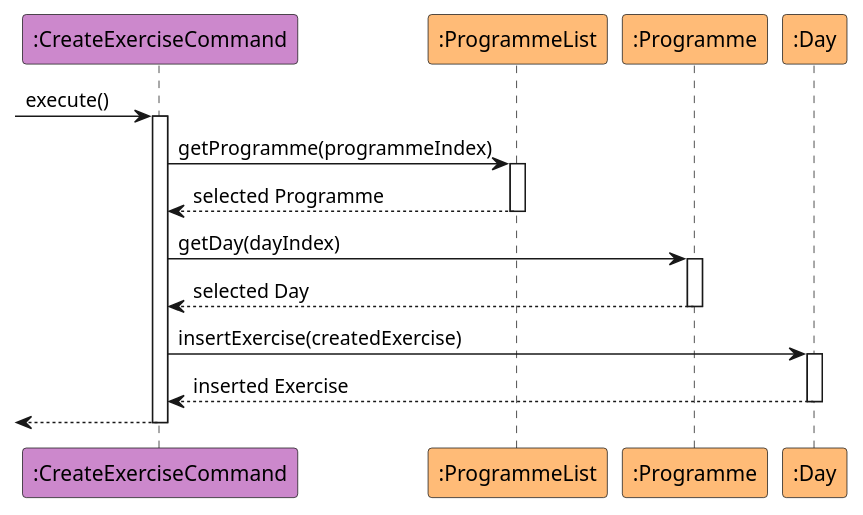
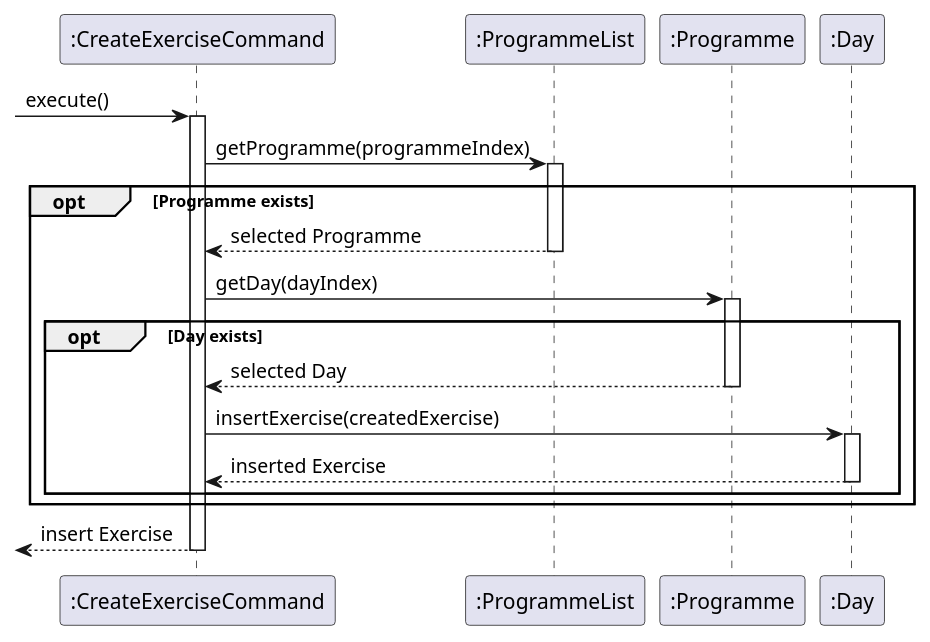
The diagram in docs/diagrams/addExerciseCommand.puml (nus-cs2113-AY2425S1/tp), drawn with PlantUML before and after one commit. The commit also changed 19 other files, not shown here.

```diff
--- a/docs/diagrams/addExerciseCommand.puml
+++ b/docs/diagrams/addExerciseCommand.puml
@@ -1,29 +1,33 @@
 @startuml
-participant ":CreateExerciseCommand" as AddExerciseCommand #cc88cc
-participant ":ProgrammeList" as ProgrammeList #ffbb77
-participant ":Programme" as Programme #ffbb77
-participant ":Day" as Day #ffbb77
-
-
+participant ":CreateExerciseCommand" as AddExerciseCommand
+participant ":ProgrammeList" as ProgrammeList
+participant ":Programme" as Programme
+participant ":Day" as Day
 
 -> AddExerciseCommand : execute()
 activate AddExerciseCommand
+
 AddExerciseCommand -> ProgrammeList : getProgramme(programmeIndex)
 activate ProgrammeList
-ProgrammeList --> AddExerciseCommand : selected Programme
-deactivate ProgrammeList
 
-AddExerciseCommand -> Programme : getDay(dayIndex)
-activate Programme
-Programme --> AddExerciseCommand : selected Day
-deactivate Programme
+opt Programme exists
+    ProgrammeList --> AddExerciseCommand : selected Programme
+    deactivate ProgrammeList
 
-AddExerciseCommand -> Day: insertExercise(createdExercise)
-activate Day
-Day --> AddExerciseCommand: inserted Exercise
-deactivate Day
+    AddExerciseCommand -> Programme : getDay(dayIndex)
+    activate Programme
 
+    opt Day exists
+        Programme --> AddExerciseCommand : selected Day
+        deactivate Programme
 
-<-- AddExerciseCommand
+        AddExerciseCommand -> Day: insertExercise(createdExercise)
+        activate Day
+        Day --> AddExerciseCommand: inserted Exercise
+        deactivate Day
+    end
+end
+
+<-- AddExerciseCommand  : insert Exercise
 deactivate AddExerciseCommand
 @enduml
```
